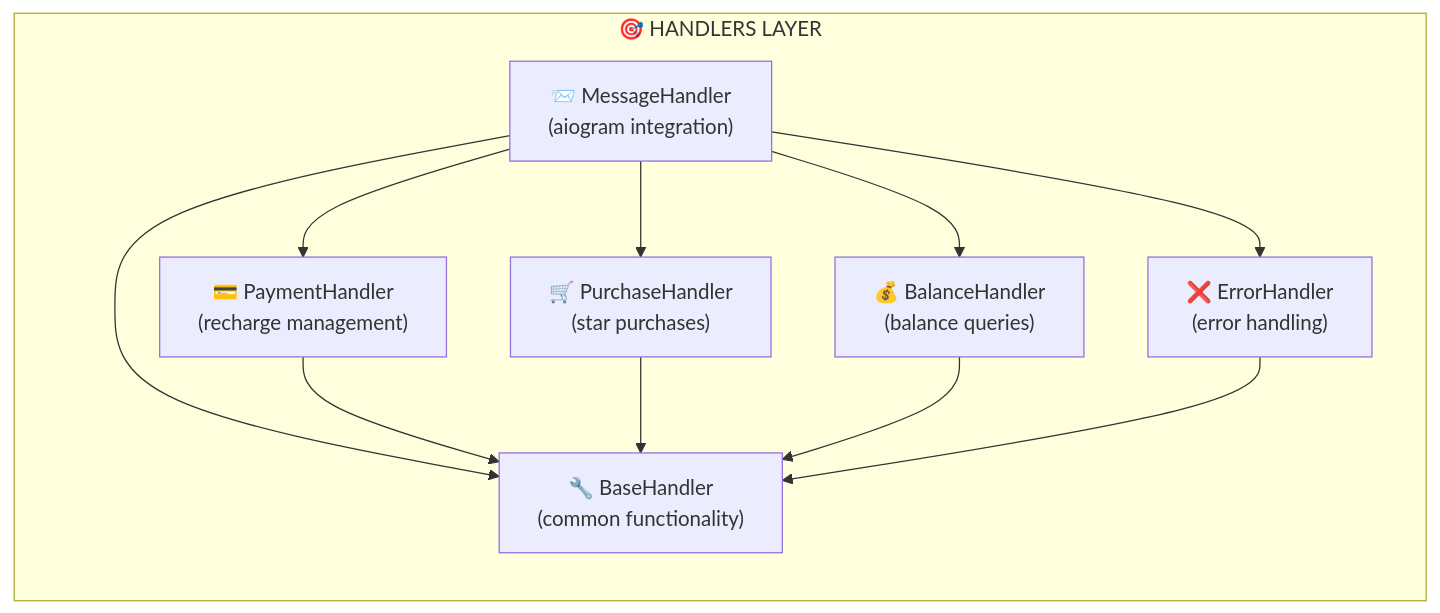
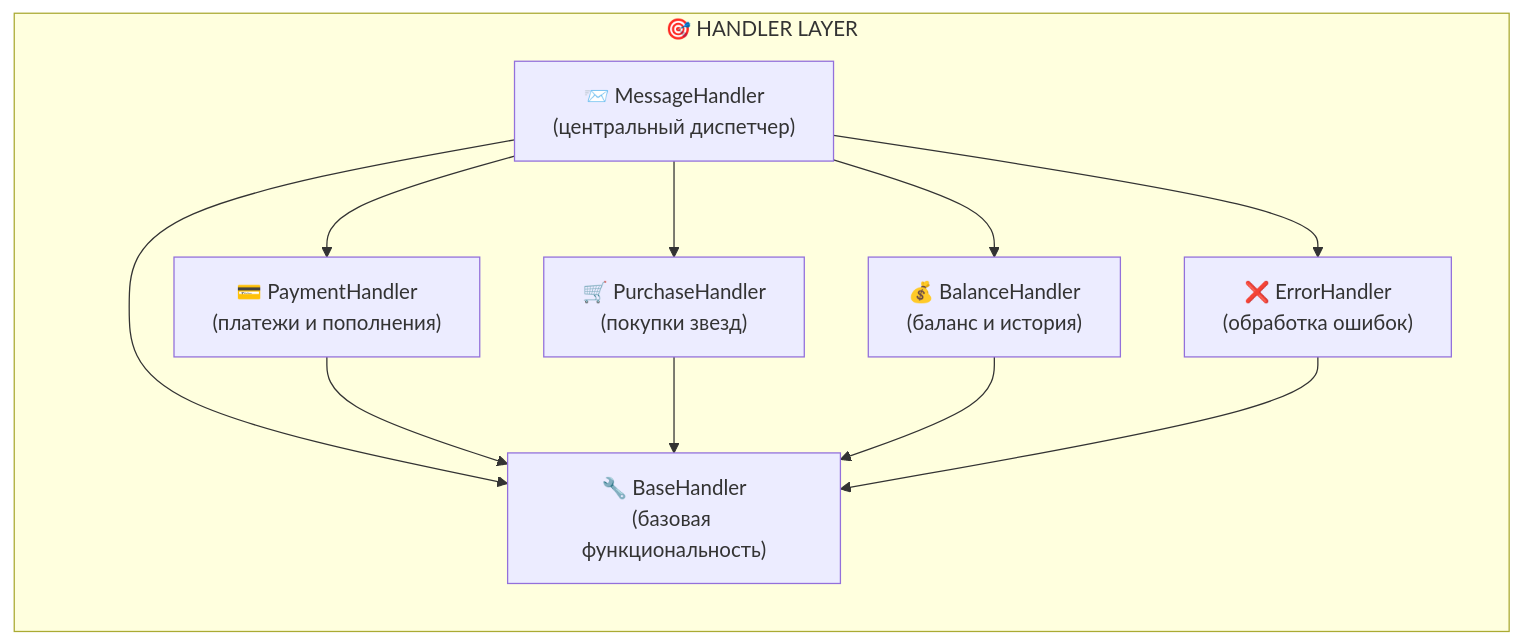
Before and after one commit to neKamita/Mirza-Telegram-Shop-Bot: the fourth of 15 diagrams in docs/ARCHITECTURE.md, drawn with Mermaid. The commit also changed other lines of this file and 7 other files, not shown here.

````diff
--- a/docs/ARCHITECTURE.md
+++ b/docs/ARCHITECTURE.md
@@ -134,22 +215,22 @@
 ```mermaid
 graph LR
-    subgraph "🎯 HANDLERS LAYER"
-        MH["📨 MessageHandler<br/>(aiogram integration)"]
-        PH["💳 PaymentHandler<br/>(recharge management)"]
-        PuH["🛒 PurchaseHandler<br/>(star purchases)"]
-        BalH["💰 BalanceHandler<br/>(balance queries)"]
-        EH["❌ ErrorHandler<br/>(error handling)"]
-        BH["🔧 BaseHandler<br/>(common functionality)"]
+    subgraph "🎯 HANDLER LAYER"
+        MH["📨 MessageHandler<br/>(центральный диспетчер)"]
+        PH["💳 PaymentHandler<br/>(платежи и пополнения)"]
+        PuH["🛒 PurchaseHandler<br/>(покупки звезд)"]
+        BalH["💰 BalanceHandler<br/>(баланс и история)"]
+        EH["❌ ErrorHandler<br/>(обработка ошибок)"]
+        BH["🔧 BaseHandler<br/>(базовая функциональность)"]
     end
-    
+
     MH --> PH
     MH --> PuH
     MH --> BalH
     MH --> EH
     MH --> BH
-    
+
     PH --> BH
     PuH --> BH
     BalH --> BH
     EH --> BH
 ```
````
